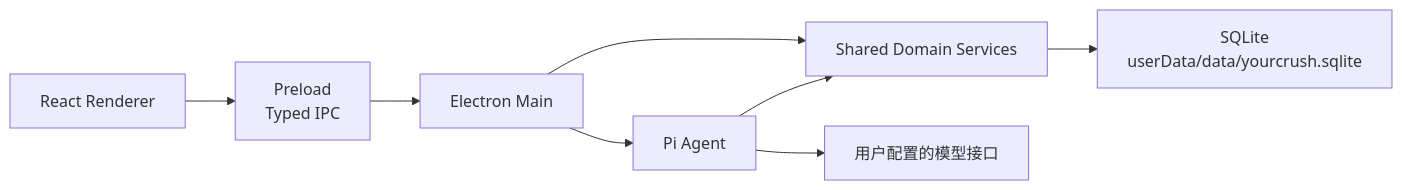
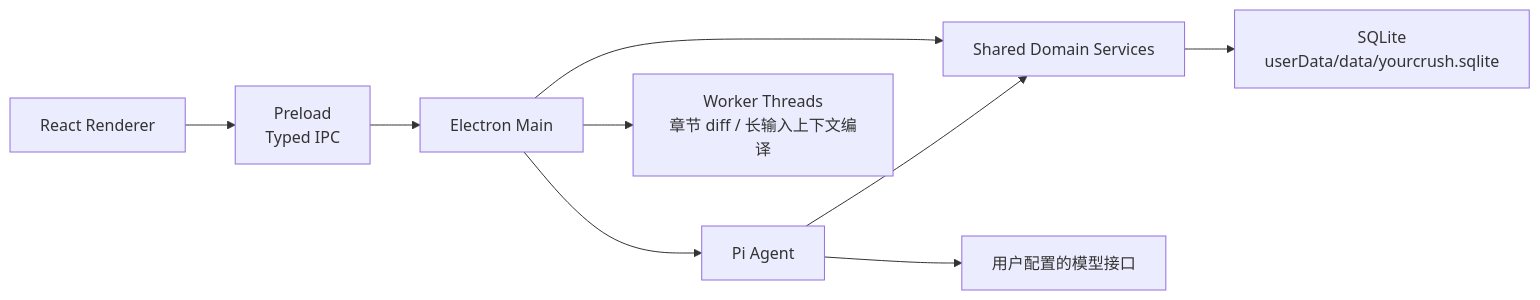
One commit to leaves899/yourlovestory changed the diagram in README.md. Above: the diagram before and after it, drawn with Mermaid. The commit also changed other lines of this file and 74 other files, not shown here.

```diff
--- a/README.md
+++ b/README.md
@@ -60,10 +62,11 @@
 ~~~mermaid
 flowchart LR
   R["React Renderer"] --> P["Preload<br/>Typed IPC"]
   P --> M["Electron Main"]
   M --> S["Shared Domain Services"]
   S --> D["SQLite<br/>userData/data/yourcrush.sqlite"]
   M --> A["Pi Agent"]
   A --> S
   A --> L["用户配置的模型接口"]
+  M --> W["Worker Threads<br/>章节 diff / 长输入上下文编译"]
 ~~~
```
